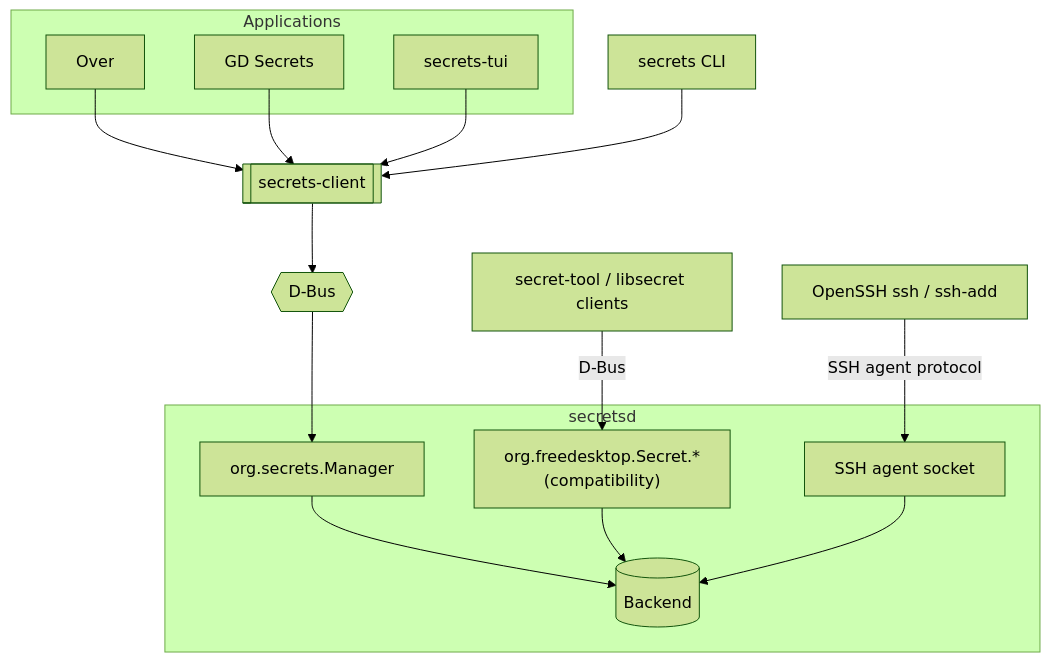
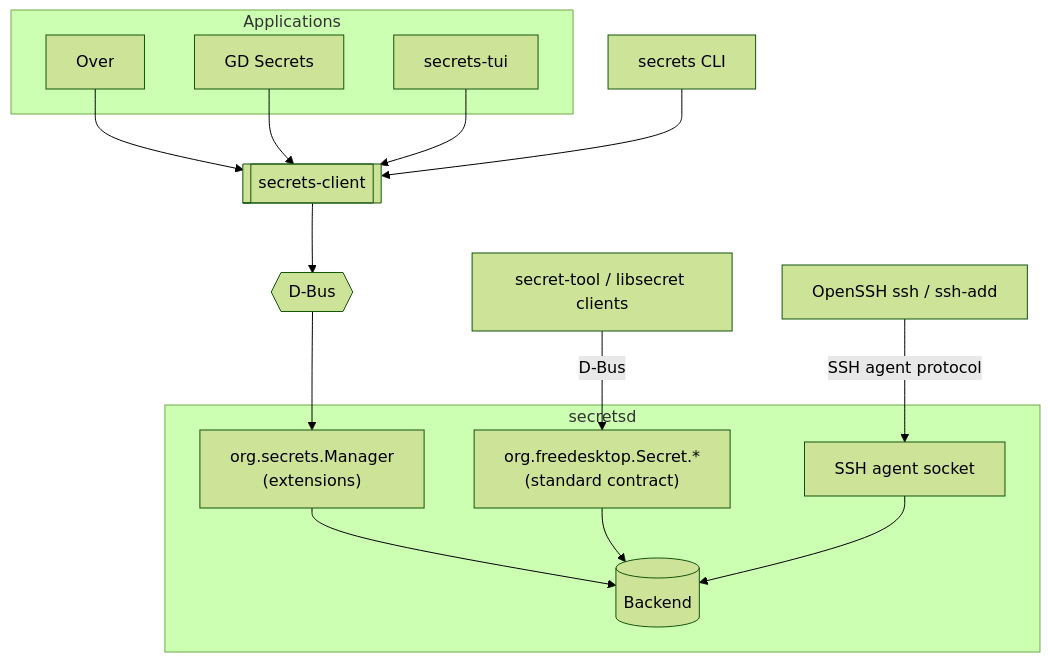
One commit to noirbizarre/secrets changed the diagram in README.md. Above: the diagram before and after it, drawn with Mermaid (forest theme). The commit also changed other lines of this file and 10 other files, not shown here.

````diff
--- a/README.md
+++ b/README.md
@@ -36,32 +36,32 @@
 ```mermaid
 flowchart TB
     subgraph apps["Applications"]
         over[Over]
         gtk["GD Secrets"]
         tui[secrets-tui]
     end
     cli[secrets CLI]
     client[[secrets-client]]
     dbus{{D-Bus}}
     ssh[OpenSSH ssh / ssh-add]
     stclients[secret-tool / libsecret clients]
 
     subgraph secretsd
-        manager["org.secrets.Manager"]
-        secretservice["org.freedesktop.Secret.*\n(compatibility)"]
+        secretservice["org.freedesktop.Secret.*\n(standard contract)"]
+        manager["org.secrets.Manager\n(extensions)"]
         agent[SSH agent socket]
         backend[(Backend)]
     end
 
     over --> client
     gtk --> client
     tui --> client
     cli --> client
     client --> dbus --> manager
     ssh -- SSH agent protocol --> agent
     stclients -- D-Bus --> secretservice
 
     manager --> backend
     secretservice --> backend
     agent --> backend
 ```
````
